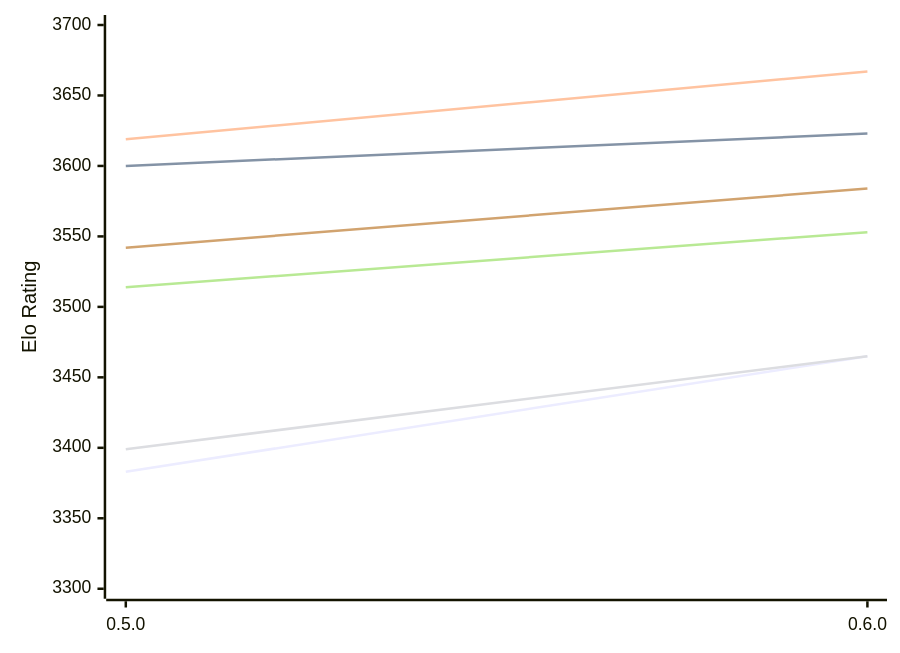
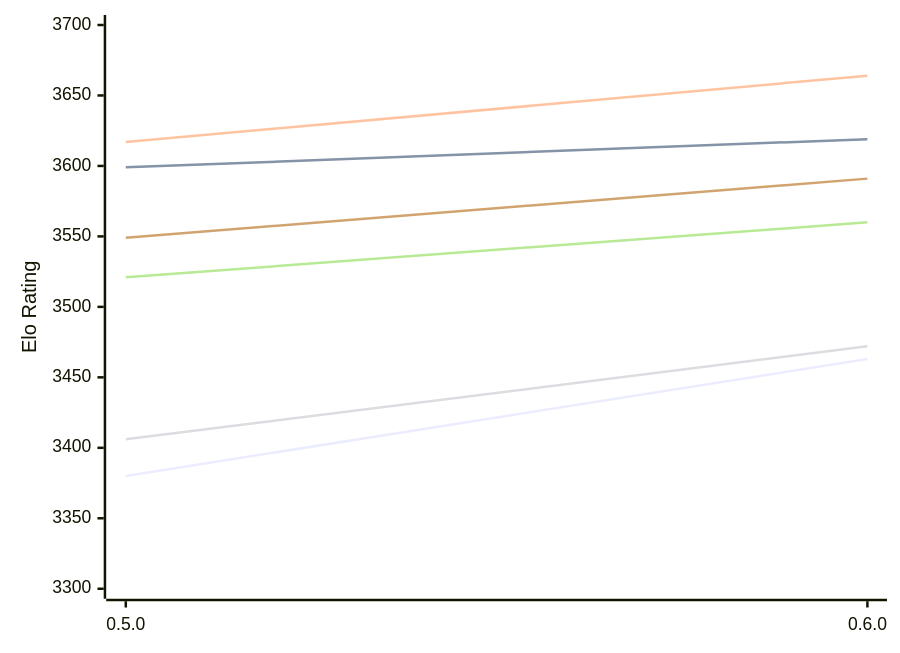
One commit to computer-chess-index/cci changed the diagram in engines/Incipit.md. Above: the diagram before and after it, drawn with Mermaid. The commit also changed other lines of this file, not shown here.

Commit message:
Update CCI Ratings (ELO VLTC) - 2026-11-23

````diff
--- a/engines/Incipit.md
+++ b/engines/Incipit.md
@@ -49,12 +49,12 @@
 ```mermaid
 %%{init: {"theme":"base","themeVariables":{"seriesColors:['#a3a3a3','#222221','#faa371']}}}%%
 xychart-beta
   x-axis ["0.5.0", "0.6.0"]
   y-axis "Elo Rating" 3300 --> 3700
-  line "E1: STC (8.0+0.08s)" [3383, 3465]
-  line "E1: LTC (60.0+0.60s)" [3600, 3623]
-  line "E1: VLTC (2m24s+1.12s)" [3619, 3667]
-  line "P1: STC (8.0+0.08s)" [3399, 3465]
-  line "P1: LTC (60.0+0.60s)" [3514, 3553]
-  line "P1: VLTC (2m24s+1.12s)" [3542, 3584]
+  line "E1: STC (8.0+0.08s)" [3380, 3463]
+  line "E1: LTC (60.0+0.60s)" [3599, 3619]
+  line "E1: VLTC (2m24s+1.12s)" [3617, 3664]
+  line "P1: STC (8.0+0.08s)" [3406, 3472]
+  line "P1: LTC (60.0+0.60s)" [3521, 3560]
+  line "P1: VLTC (2m24s+1.12s)" [3549, 3591]
 ```
````
